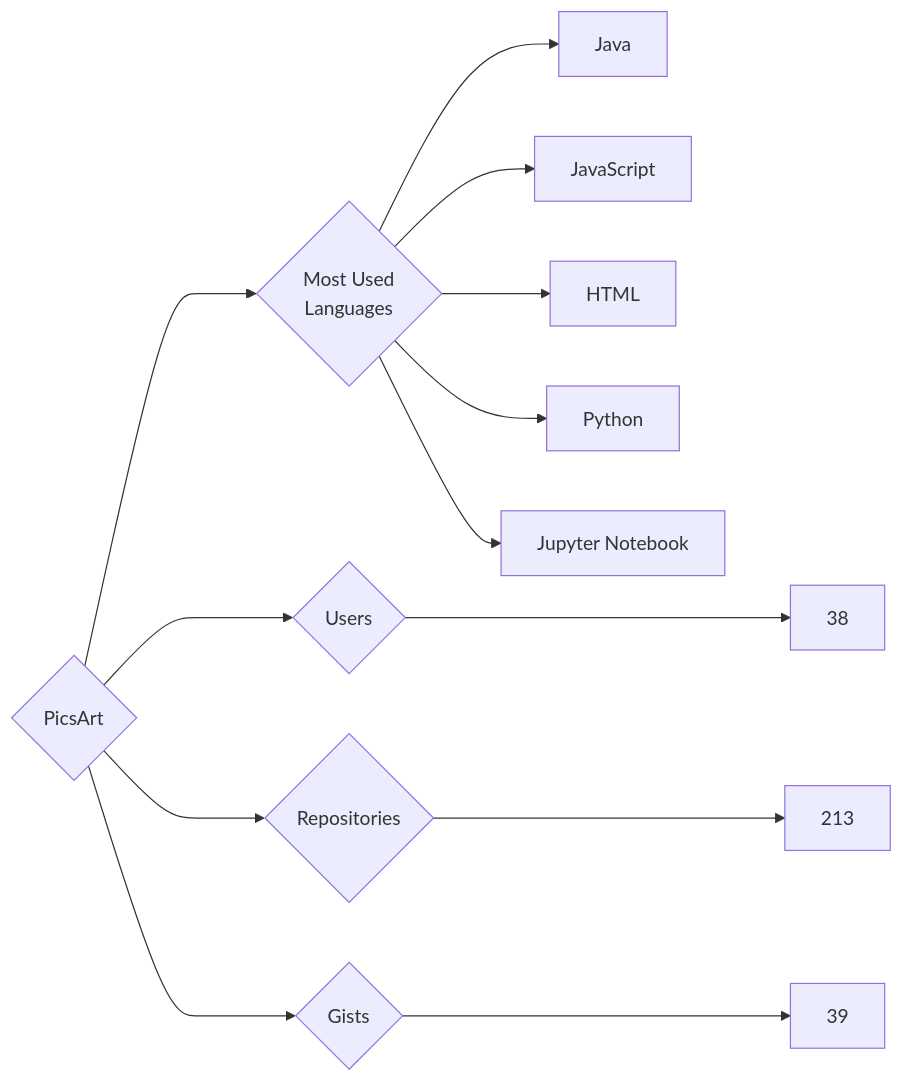
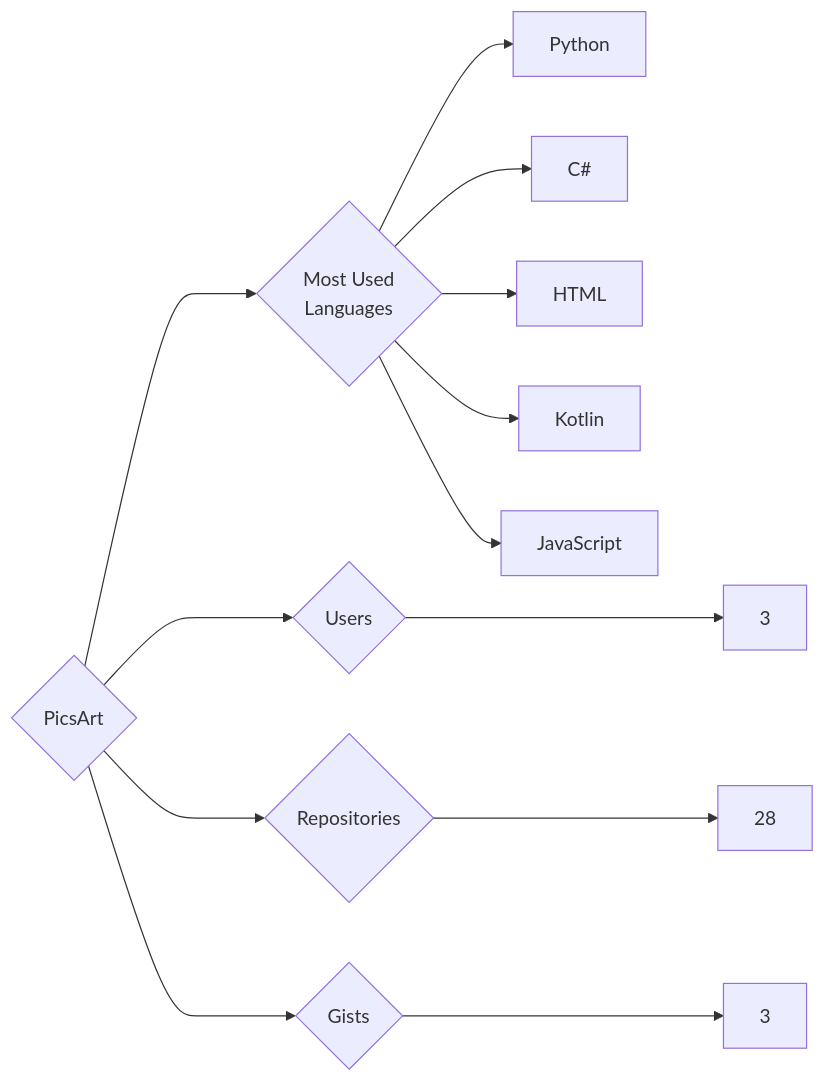
Before and after one commit to trickest/insiders: the diagram in targets/PicsArt/README.md, drawn with Mermaid. The commit also changed 970 other files, not shown here.

````diff
--- a/targets/PicsArt/README.md
+++ b/targets/PicsArt/README.md
@@ -3,13 +3,13 @@
 ```mermaid
 graph LR
 COMPANY_NAME{PicsArt}
-COMPANY_NAME ---> U{Users} ---> UN[38]
-COMPANY_NAME ---> R{Repositories} ---> RN[213]
-COMPANY_NAME ---> G{Gists} ---> GN[39]
+COMPANY_NAME ---> U{Users} ---> UN[3]
+COMPANY_NAME ---> R{Repositories} ---> RN[28]
+COMPANY_NAME ---> G{Gists} ---> GN[3]
 COMPANY_NAME ---> ML{Most Used<br>Languages}
-ML --> Java[Java]
+ML --> Python[Python]
+ML --> C#[C#]
+ML --> HTML[HTML]
+ML --> Kotlin[Kotlin]
 ML --> JavaScript[JavaScript]
-ML --> HTML[HTML]
-ML --> Python[Python]
-ML --> Jupyter_Notebook[Jupyter Notebook]
 ```
````
